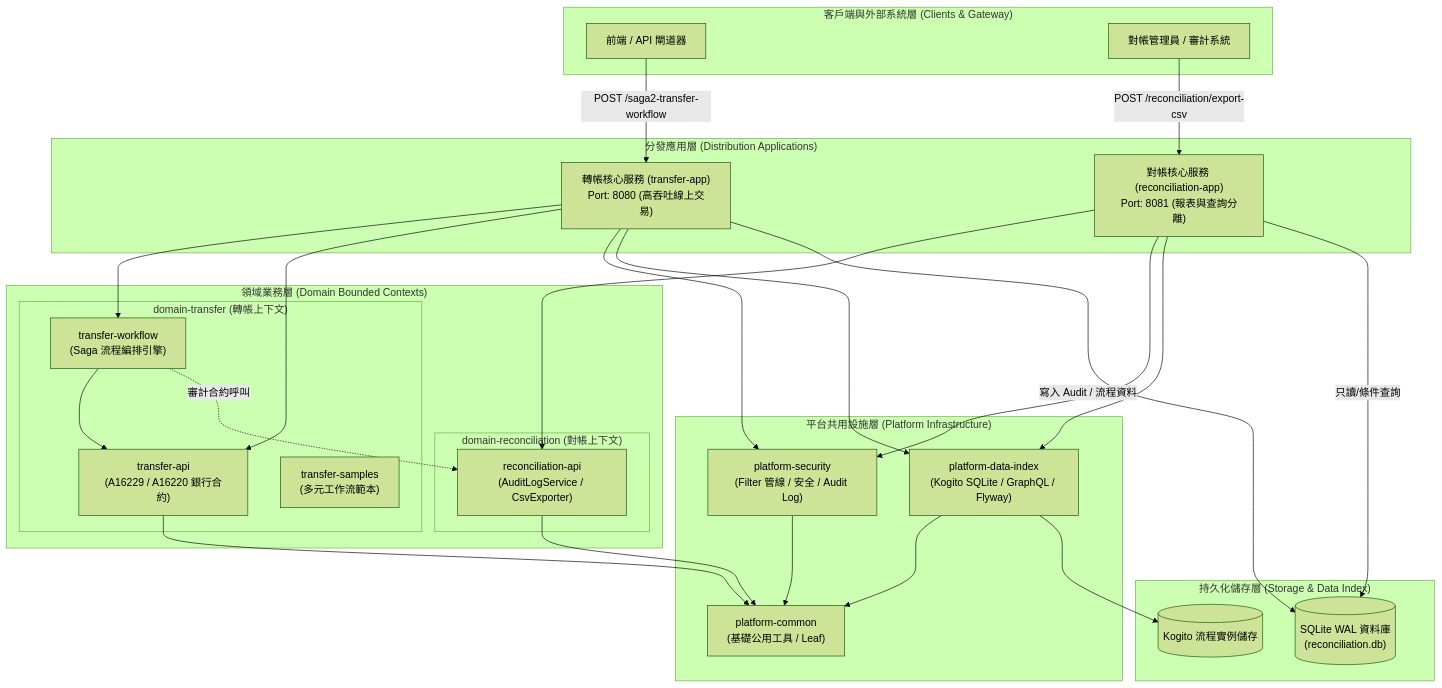
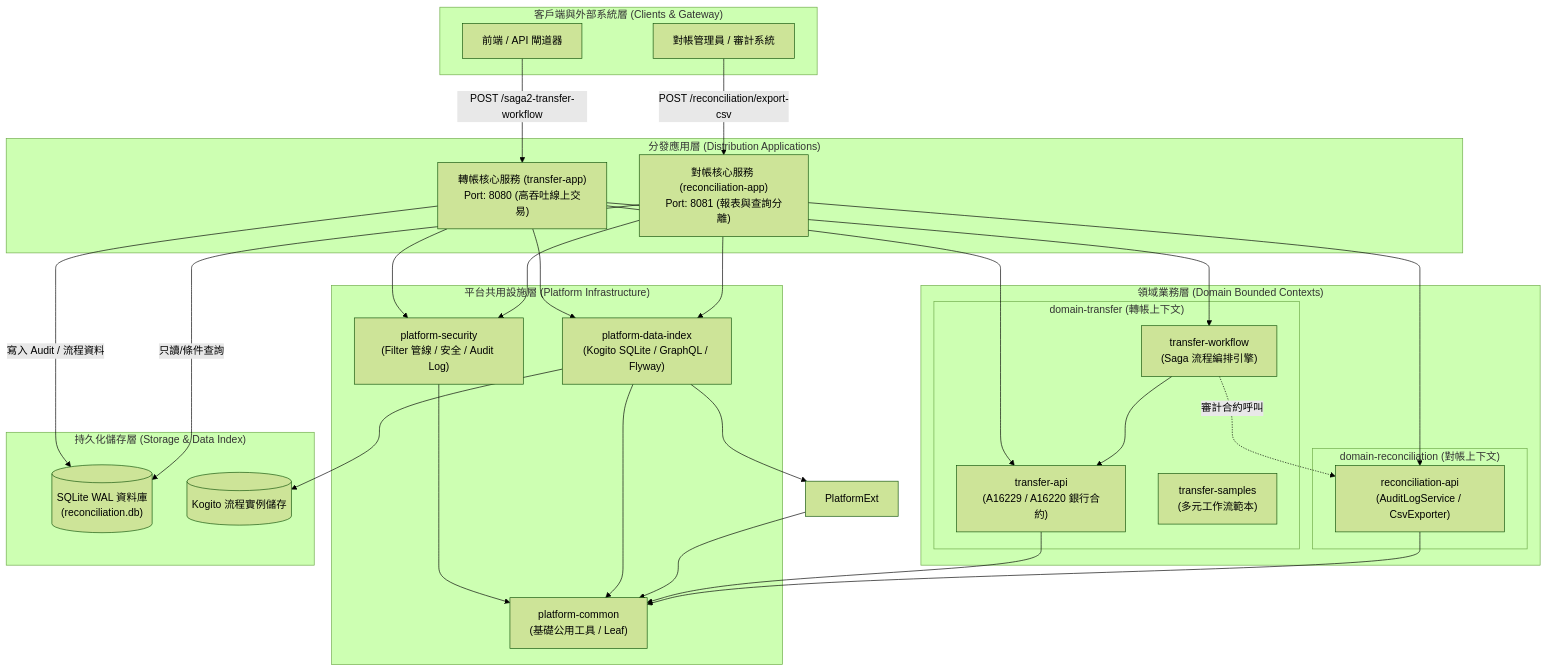
One commit to gcl858/myhello-platform changed the first of 8 diagrams in docs/SYSTEM-ARCHITECTURE.md. Above: the diagram before and after it, drawn with Mermaid (forest theme). The commit also changed other lines of this file and 310 other files, not shown here.

````diff
--- a/docs/SYSTEM-ARCHITECTURE.md
+++ b/docs/SYSTEM-ARCHITECTURE.md
@@ -72,59 +72,61 @@
 ```mermaid
 flowchart TB
     subgraph ClientLayer["客戶端與外部系統層 (Clients & Gateway)"]
         Client["前端 / API 閘道器"]
         Admin["對帳管理員 / 審計系統"]
     end
 
     subgraph DistributionLayer["分發應用層 (Distribution Applications)"]
         TransferApp["轉帳核心服務 (transfer-app)<br/>Port: 8080 (高吞吐線上交易)"]
         ReconApp["對帳核心服務 (reconciliation-app)<br/>Port: 8081 (報表與查詢分離)"]
     end
 
     subgraph DomainLayer["領域業務層 (Domain Bounded Contexts)"]
         subgraph TransferDomain["domain-transfer (轉帳上下文)"]
             TransferWorkflow["transfer-workflow<br/>(Saga 流程編排引擎)"]
             TransferAPI["transfer-api<br/>(A16229 / A16220 銀行合約)"]
             TransferSamples["transfer-samples<br/>(多元工作流範本)"]
         end
 
         subgraph ReconDomain["domain-reconciliation (對帳上下文)"]
             ReconAPI["reconciliation-api<br/>(AuditLogService / CsvExporter)"]
         end
     end
 
     subgraph PlatformLayer["平台共用設施層 (Platform Infrastructure)"]
         PlatformSec["platform-security<br/>(Filter 管線 / 安全 / Audit Log)"]
         PlatformData["platform-data-index<br/>(Kogito SQLite / GraphQL / Flyway)"]
         PlatformCommon["platform-common<br/>(基礎公用工具 / Leaf)"]
     end
 
     subgraph StorageLayer["持久化儲存層 (Storage & Data Index)"]
         SQLiteDB[("SQLite WAL 資料庫<br/>(reconciliation.db)")]
         DataIndexStore[("Kogito 流程實例儲存")]
     end
 
     Client -->|POST /saga2-transfer-workflow| TransferApp
     Admin -->|POST /reconciliation/export-csv| ReconApp
 
     TransferApp --> TransferWorkflow
     TransferApp --> TransferAPI
     TransferApp --> PlatformSec
     TransferApp --> PlatformData
 
     ReconApp --> ReconAPI
     ReconApp --> PlatformSec
     ReconApp --> PlatformData
 
     TransferWorkflow --> TransferAPI
     TransferWorkflow -.->|審計合約呼叫| ReconAPI
 
     PlatformSec --> PlatformCommon
     PlatformData --> PlatformCommon
+    PlatformData --> PlatformExt
+    PlatformExt --> PlatformCommon
     TransferAPI --> PlatformCommon
     ReconAPI --> PlatformCommon
 
     TransferApp -->|寫入 Audit / 流程資料| SQLiteDB
     ReconApp -->|只讀/條件查詢| SQLiteDB
     PlatformData --> DataIndexStore
 ```
````
